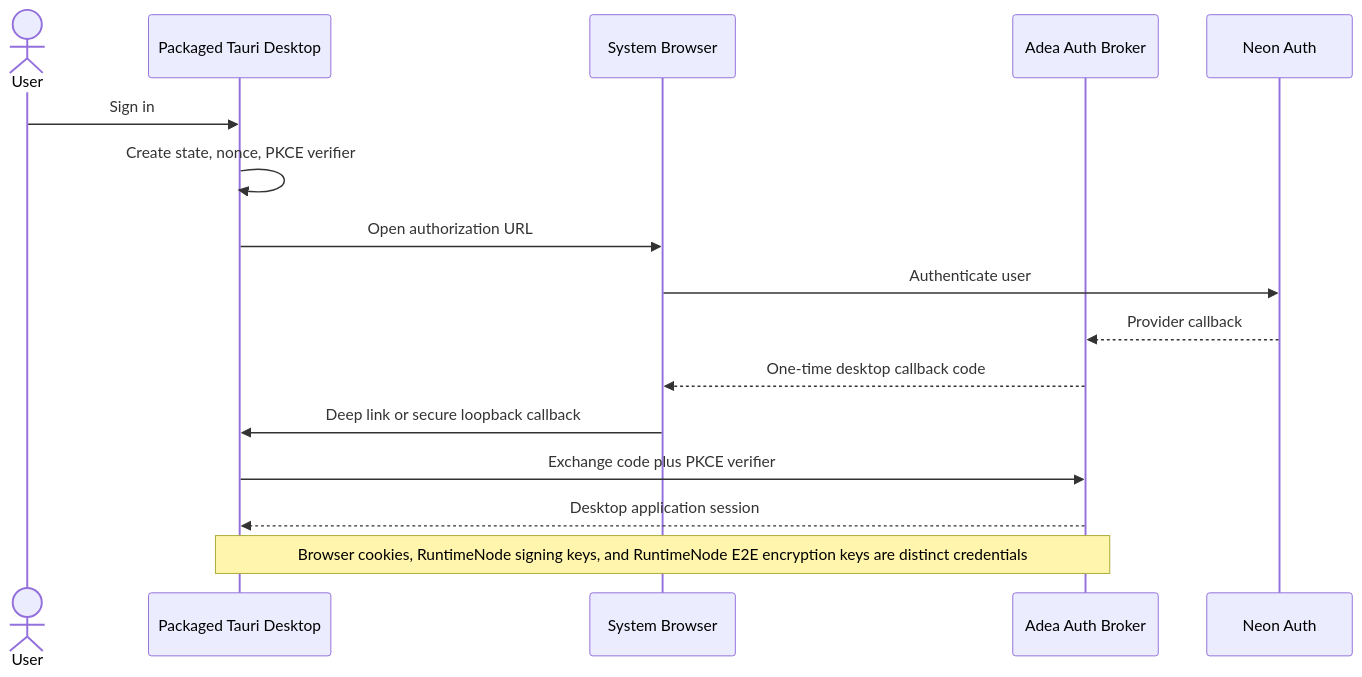
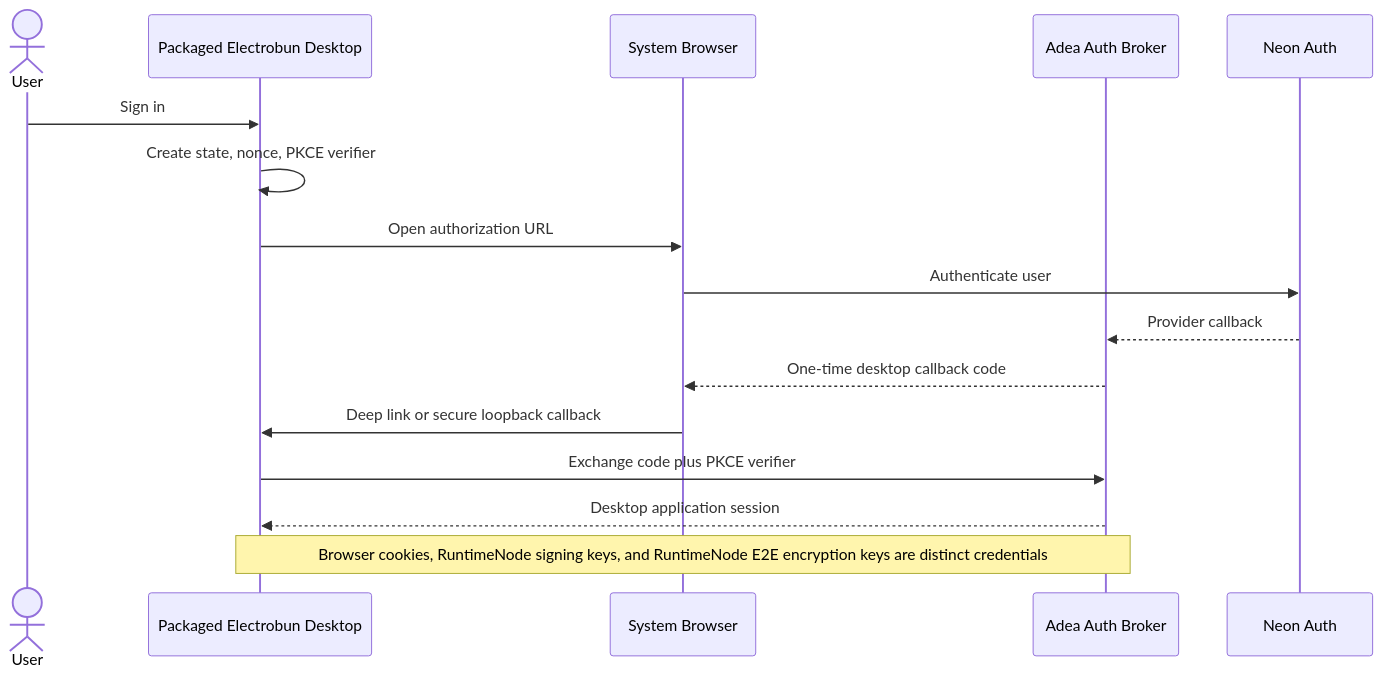
Before and after one commit to adea-ai/adea: diagram 13 of 18 in docs/architecture/diagram-sources.md, drawn with Mermaid. The commit also changed 272 other files, not shown here.

````diff
--- a/docs/architecture/diagram-sources.md
+++ b/docs/architecture/diagram-sources.md
@@ -457,18 +457,18 @@
 ```mermaid
 sequenceDiagram
     actor U as User
-    participant D as Packaged Tauri Desktop
+    participant D as Packaged Electrobun Desktop
     participant B as System Browser
     participant A as Adea Auth Broker
     participant N as Neon Auth
     U->>D: Sign in
     D->>D: Create state, nonce, PKCE verifier
     D->>B: Open authorization URL
     B->>N: Authenticate user
     N-->>A: Provider callback
     A-->>B: One-time desktop callback code
     B->>D: Deep link or secure loopback callback
     D->>A: Exchange code plus PKCE verifier
     A-->>D: Desktop application session
     Note over D,A: Browser cookies, RuntimeNode signing keys, and RuntimeNode E2E encryption keys are distinct credentials
 ```
````
